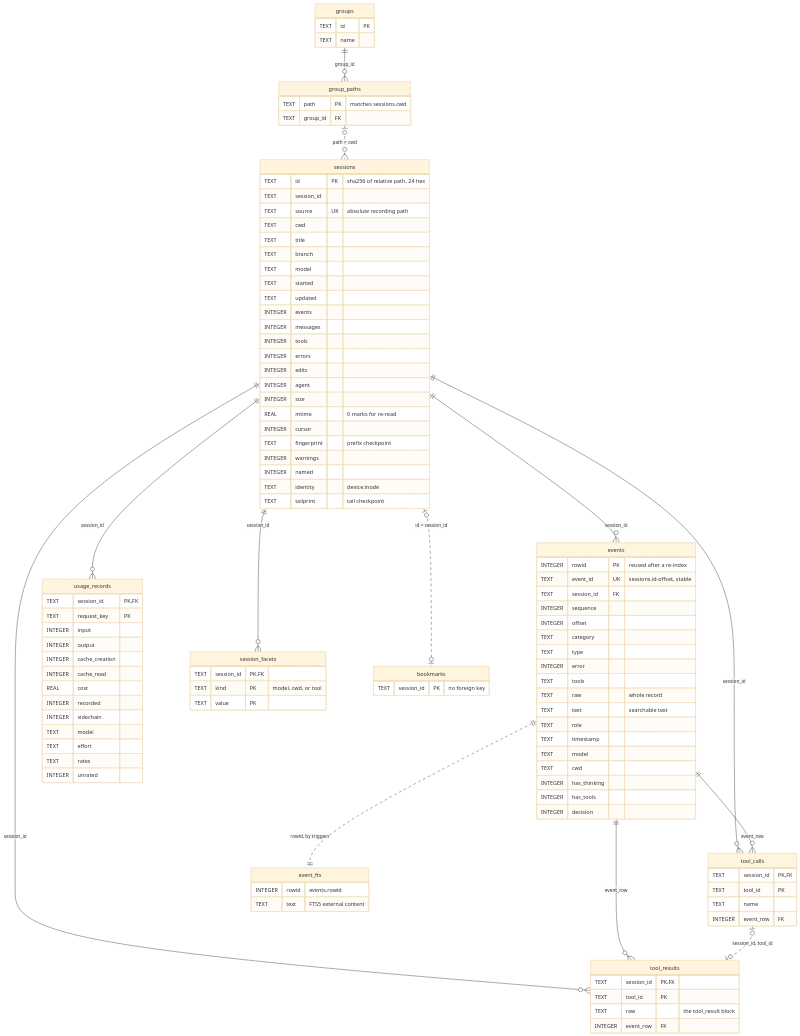
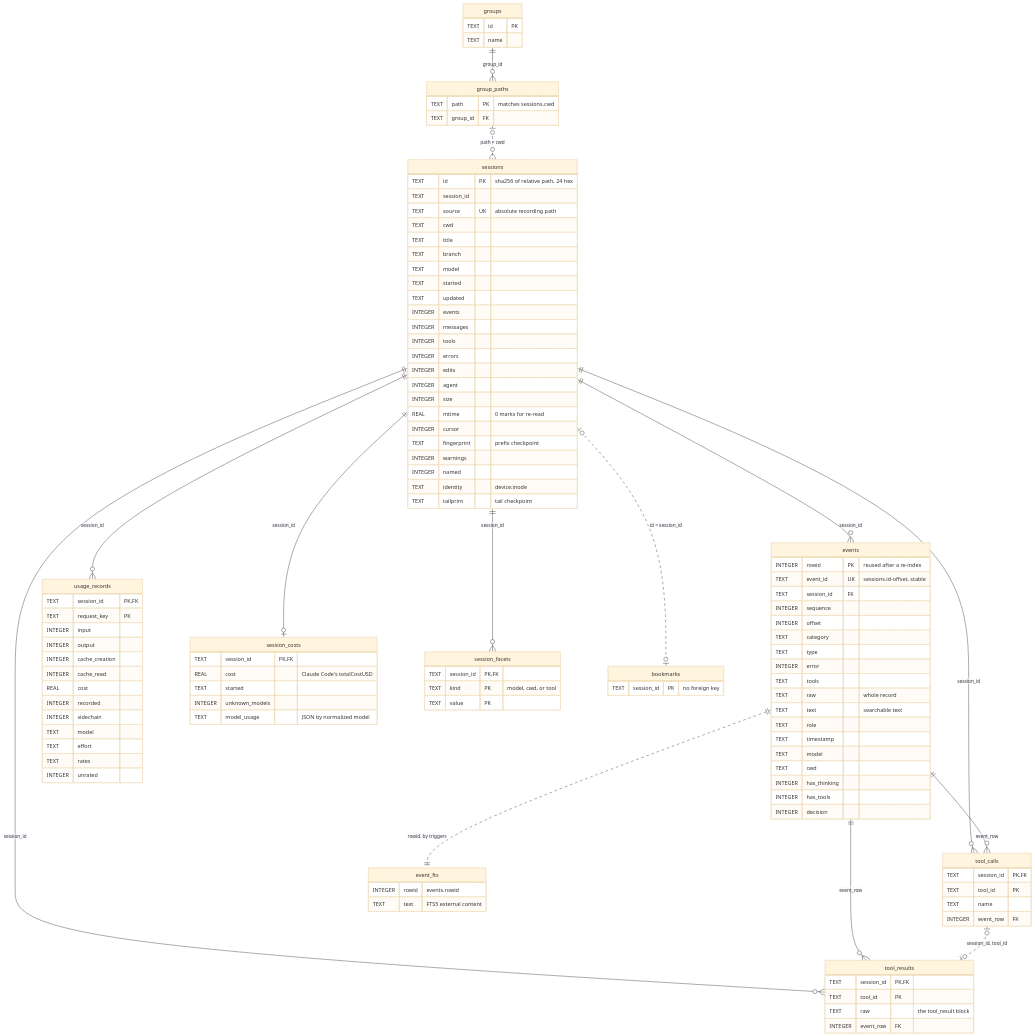
Before and after one commit to fantomc0der/claude-blackbox: the diagram in docs/sqlite-schema.md, drawn with Mermaid (base theme). The commit also changed other lines of this file and 14 other files, not shown here.

First line of the commit message:
Show Claude Code's recorded session total beside the usage estimate (#121)

```diff
--- a/docs/sqlite-schema.md
+++ b/docs/sqlite-schema.md
@@ -49,6 +50,7 @@
 erDiagram
   sessions ||--o{ events : "session_id"
   sessions ||--o{ usage_records : "session_id"
+  sessions ||--o| session_costs : "session_id"
   sessions ||--o{ session_facets : "session_id"
   sessions ||--o{ tool_calls : "session_id"
   sessions ||--o{ tool_results : "session_id"
@@ -124,6 +126,13 @@
     TEXT rates
     INTEGER unrated
   }
+  session_costs {
+    TEXT session_id PK, FK
+    REAL cost "Claude Code's totalCostUSD"
+    TEXT started
+    INTEGER unknown_models
+    TEXT model_usage "JSON by normalized model"
+  }
   tool_calls {
     TEXT session_id PK, FK
     TEXT tool_id PK
```
